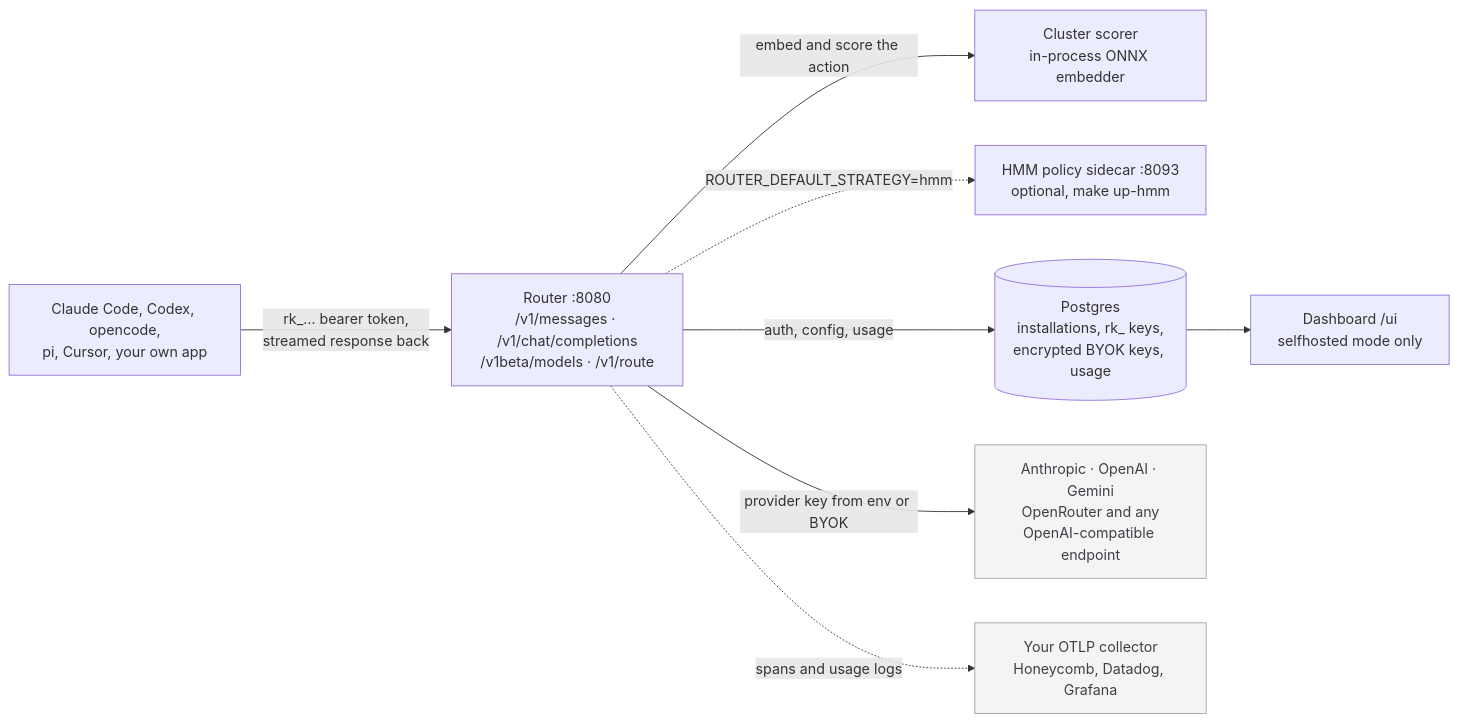
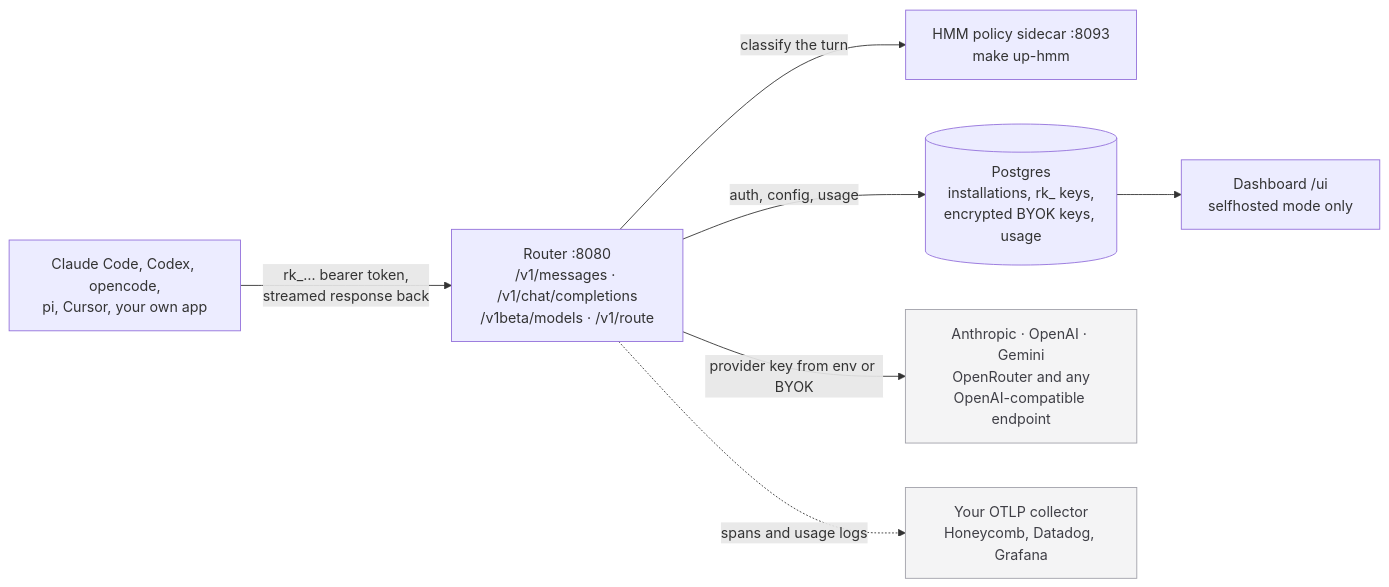
Before and after one commit to weave-os/router: the diagram in README.md, drawn with Mermaid. The commit also changed other lines of this file and 5 other files, not shown here.

Commit message:
Address review: stub healthcheck, tighter smoke/fixture asserts, HMM-default docs

````diff
--- a/README.md
+++ b/README.md
@@ -110,22 +110,20 @@
 ```mermaid
 flowchart LR
     client["Claude Code, Codex, opencode,<br/>pi, Cursor, your own app"]
     router["Router :8080<br/>/v1/messages · /v1/chat/completions<br/>/v1beta/models · /v1/route"]
-    scorer["Cluster scorer<br/>in-process ONNX embedder"]
-    hmm["HMM policy sidecar :8093<br/>optional, make up-hmm"]
+    hmm["HMM policy sidecar :8093<br/>make up-hmm"]
     pg[("Postgres<br/>installations, rk_ keys,<br/>encrypted BYOK keys, usage")]
     ui["Dashboard /ui<br/>selfhosted mode only"]
     providers["Anthropic · OpenAI · Gemini<br/>OpenRouter and any<br/>OpenAI-compatible endpoint"]
     otel["Your OTLP collector<br/>Honeycomb, Datadog, Grafana"]
 
     client -->|"rk_… bearer token,<br/>streamed response back"| router
-    router -->|"embed and score the action"| scorer
-    router -.->|"ROUTER_DEFAULT_STRATEGY=hmm"| hmm
+    router -->|"classify the turn"| hmm
     router -->|"auth, config, usage"| pg
     pg --> ui
     router -->|"provider key from env or BYOK"| providers
     router -.->|"spans and usage logs"| otel
 
     classDef external fill:#f4f4f5,stroke:#a1a1aa,color:#3f3f46
     class providers,otel external
 ```
````
